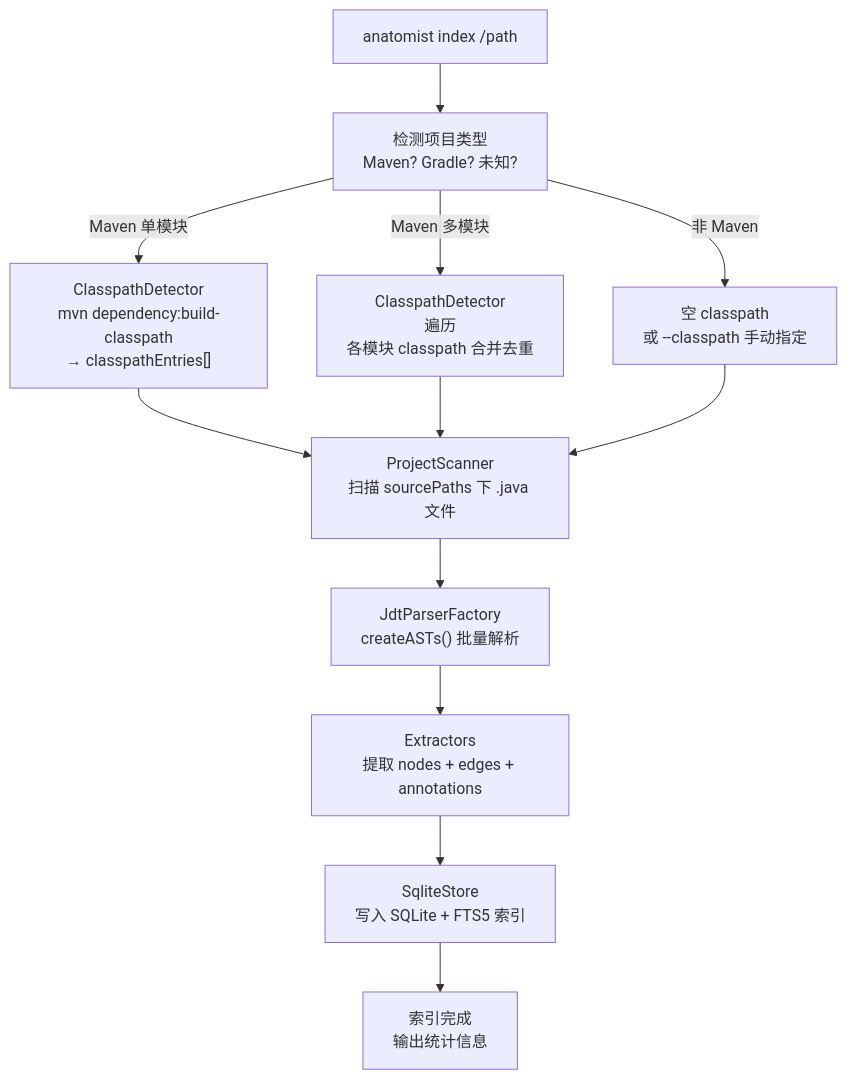
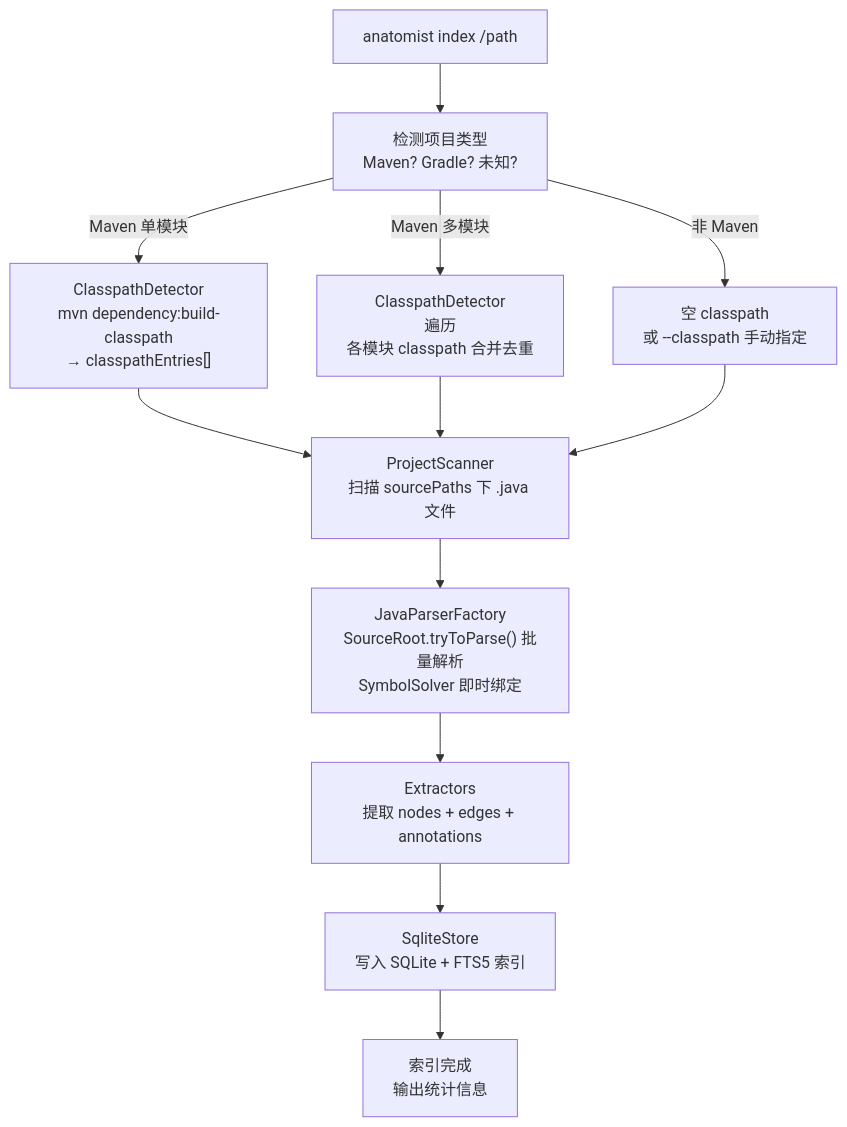
One commit to stream-iori/anatomist changed the second of 5 diagrams in docs/scenario-1-index.md. Above: the diagram before and after it, drawn with Mermaid. The commit also changed other lines of this file and 51 other files, not shown here.

First line of the commit message:
Replace JDT with JavaParser + SymbolSolver

````diff
--- a/docs/scenario-1-index.md
+++ b/docs/scenario-1-index.md
@@ -196,14 +203,14 @@
 ```mermaid
 flowchart TD
     START["anatomist index /path"] --> DETECT["检测项目类型<br/>Maven? Gradle? 未知?"]
     DETECT -->|Maven 单模块| MAVEN["ClasspathDetector<br/>mvn dependency:build-classpath<br/>→ classpathEntries[]"]
     DETECT -->|Maven 多模块| MAVEN_MULTI["ClasspathDetector<br/>遍历 <modules><br/>各模块 classpath 合并去重"]
     DETECT -->|非 Maven| PLAIN["空 classpath<br/>或 --classpath 手动指定"]
     MAVEN --> SCAN
     MAVEN_MULTI --> SCAN
     PLAIN --> SCAN
-    SCAN["ProjectScanner<br/>扫描 sourcePaths 下 .java 文件"] --> PARSE["JdtParserFactory<br/>createASTs() 批量解析"]
+    SCAN["ProjectScanner<br/>扫描 sourcePaths 下 .java 文件"] --> PARSE["JavaParserFactory<br/>SourceRoot.tryToParse() 批量解析<br/>SymbolSolver 即时绑定"]
     PARSE --> EXTRACT["Extractors<br/>提取 nodes + edges + annotations"]
     EXTRACT --> STORE["SqliteStore<br/>写入 SQLite + FTS5 索引"]
     STORE --> DONE["索引完成<br/>输出统计信息"]
 ```
````
